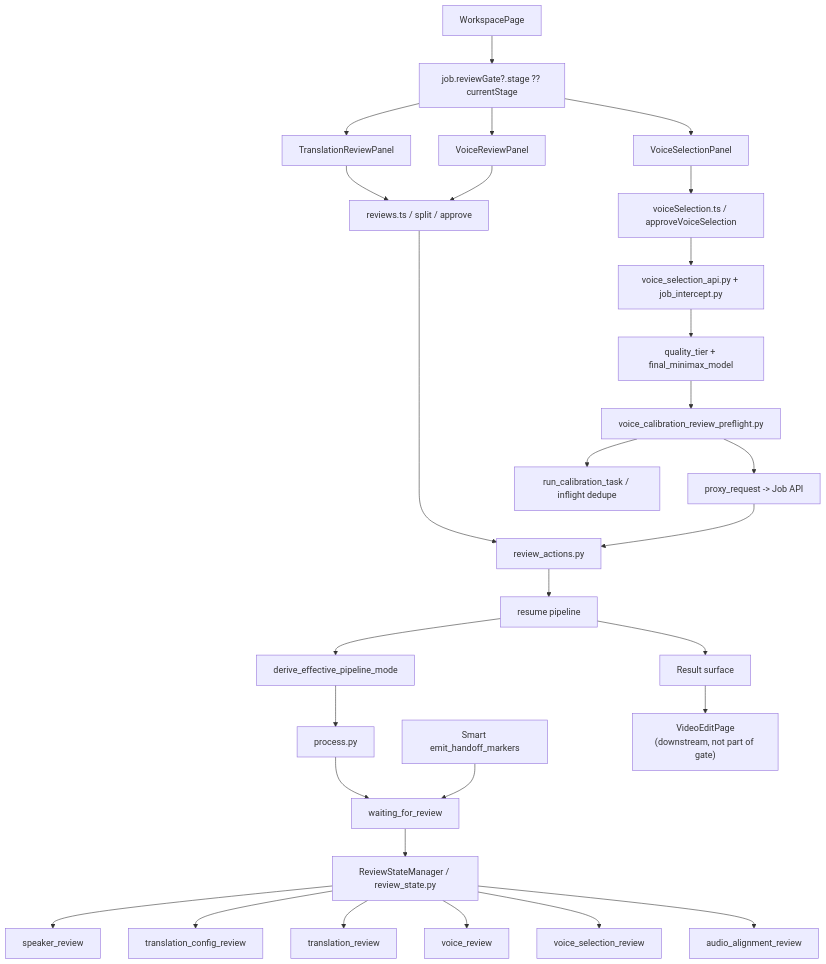
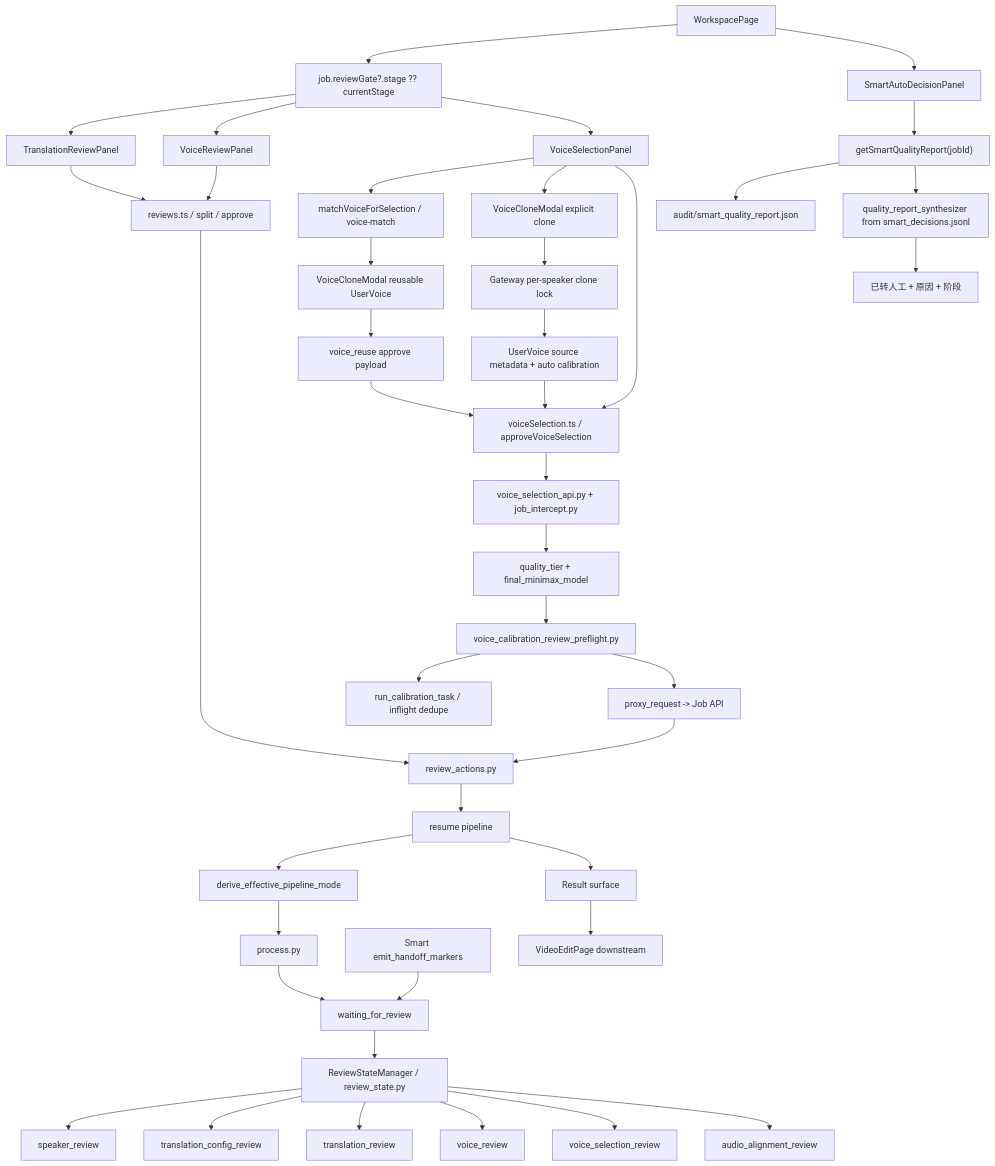
One commit to sun9bear/AITransVideo changed the diagram in docs/graphs/GITNEXUS_REVIEW_GRAPH.md. Above: the diagram before and after it, drawn with Mermaid. The commit also changed other lines of this file and 8 other files, not shown here.

Commit message:
docs(graphs): refresh GitNexus project maps

````diff
--- a/docs/graphs/GITNEXUS_REVIEW_GRAPH.md
+++ b/docs/graphs/GITNEXUS_REVIEW_GRAPH.md
@@ -18,36 +18,50 @@
 ```mermaid
 graph TD
     Pipeline["process.py"] --> Pending["waiting_for_review"]
     SmartHandoff["Smart emit_handoff_markers"] --> Pending
     Pending --> ReviewState["ReviewStateManager / review_state.py"]
 
     ReviewState --> Speaker["speaker_review"]
     ReviewState --> Config["translation_config_review"]
     ReviewState --> Translation["translation_review"]
     ReviewState --> Voice["voice_review"]
     ReviewState --> VoiceSelect["voice_selection_review"]
     ReviewState --> AudioAlign["audio_alignment_review"]
 
     Workspace["WorkspacePage"] --> Gate["job.reviewGate?.stage ?? currentStage"]
     Gate --> TranslationPanel["TranslationReviewPanel"]
     Gate --> VoicePanel["VoiceReviewPanel"]
     Gate --> VoiceSelectPanel["VoiceSelectionPanel"]
+    Workspace --> SmartPanel["SmartAutoDecisionPanel"]
+
+    SmartPanel --> QualityApi["getSmartQualityReport(jobId)"]
+    QualityApi --> QualityFile["audit/smart_quality_report.json"]
+    QualityApi --> Synth["quality_report_synthesizer from smart_decisions.jsonl"]
+    Synth --> HandoffView["已转人工 + 原因 + 阶段"]
 
     TranslationPanel --> ReviewApi["reviews.ts / split / approve"]
     VoicePanel --> ReviewApi
     ReviewApi --> ReviewActions["review_actions.py"]
 
+    VoiceSelectPanel --> VoiceMatch["matchVoiceForSelection / voice-match"]
+    VoiceMatch --> ReuseCard["VoiceCloneModal reusable UserVoice"]
+    ReuseCard --> ReuseApprove["voice_reuse approve payload"]
+    VoiceSelectPanel --> CloneModal["VoiceCloneModal explicit clone"]
+    CloneModal --> CloneLock["Gateway per-speaker clone lock"]
+    CloneLock --> CloneResult["UserVoice source metadata + auto calibration"]
     VoiceSelectPanel --> VoiceApi["voiceSelection.ts / approveVoiceSelection"]
+    ReuseApprove --> VoiceApi
+    CloneResult --> VoiceApi
     VoiceApi --> VoiceGateway["voice_selection_api.py + job_intercept.py"]
     VoiceGateway --> QualitySync["quality_tier + final_minimax_model"]
     QualitySync --> Preflight["voice_calibration_review_preflight.py"]
     Preflight --> CalibTask["run_calibration_task / inflight dedupe"]
     Preflight --> Proxy["proxy_request -> Job API"]
     Proxy --> ReviewActions
 
     ReviewActions --> Resume["resume pipeline"]
     Resume --> EffectiveMode["derive_effective_pipeline_mode"]
     EffectiveMode --> Pipeline
     Resume --> Result["Result surface"]
-    Result --> Edit["VideoEditPage<br/>(downstream, not part of gate)"]
+    Result --> Edit["VideoEditPage downstream"]
 ```
````
